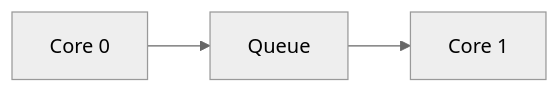
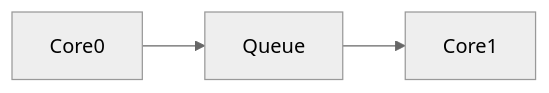
The third of 3 diagrams in README.md (Bethel-University-Rocket-Club/PicoC2425), drawn with Mermaid (neutral theme) before and after one commit. The commit also changed other lines of this file, not shown here.

````diff
--- a/README.md
+++ b/README.md
@@ -48,8 +49,8 @@
 ```mermaid
 graph LR
-        core0[Core 0]
+        core0[Core0]
         queue[Queue]
-        core1[Core 1]
+        core1[Core1]
 
     core0 --> queue --> core1
 ```
````
